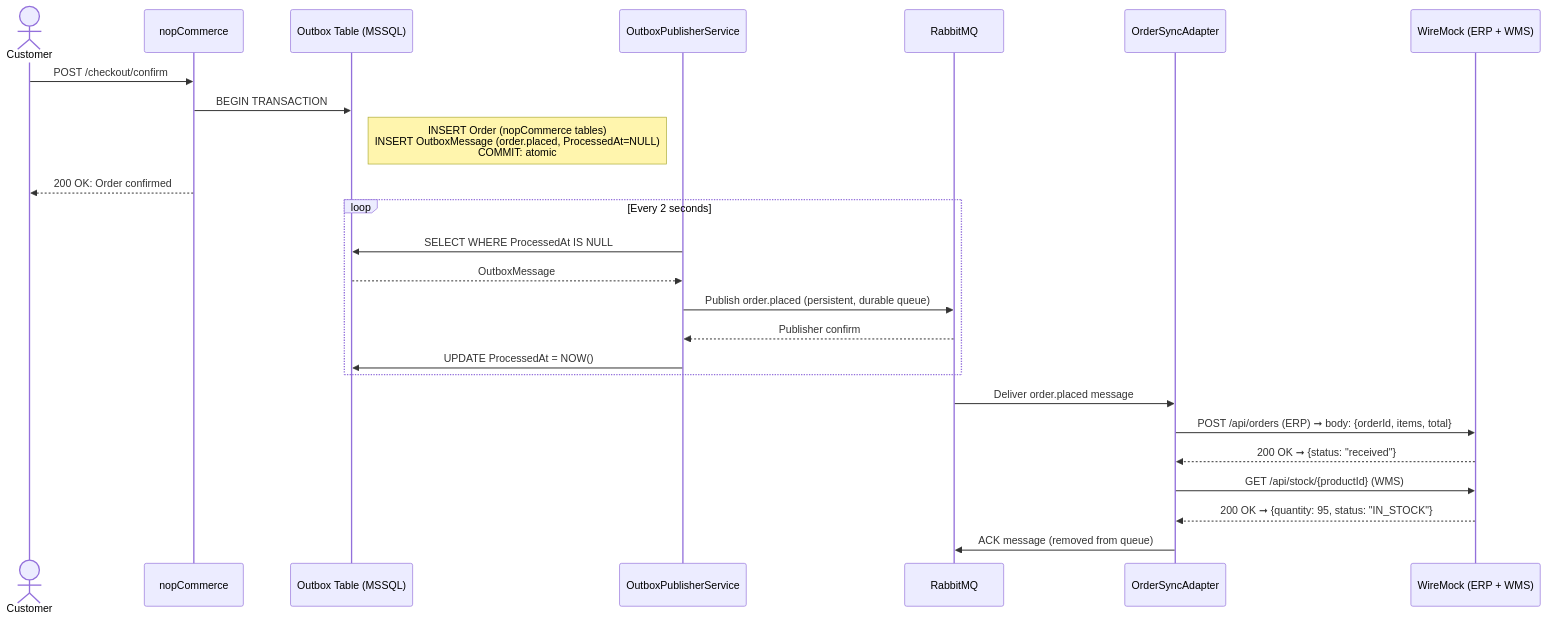
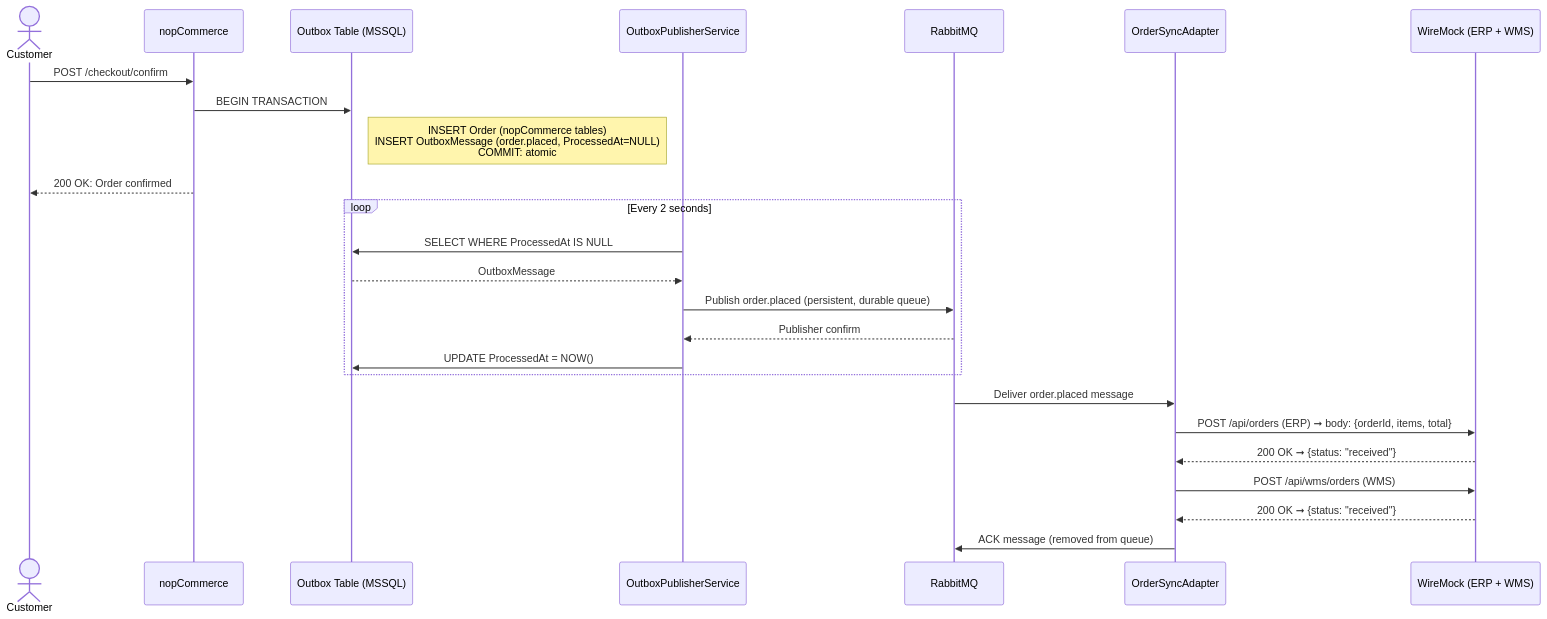
The first of 4 diagrams in docs/runtime-interaction-diagrams.md (Assignment2-AS/nopCommerce-Omnichannel-Core), drawn with Mermaid before and after one commit. The commit also changed other lines of this file and 7 other files, not shown here.

Commit message:
update diagrams

````diff
--- a/docs/runtime-interaction-diagrams.md
+++ b/docs/runtime-interaction-diagrams.md
@@ -13,30 +13,30 @@
 ```mermaid
 sequenceDiagram
     actor Customer
     participant nopCommerce
     participant OutboxDB as Outbox Table (MSSQL)
     participant OutboxSvc as OutboxPublisherService
     participant RabbitMQ
     participant OrderSync as OrderSyncAdapter
     participant WireMock as WireMock (ERP + WMS)
 
     Customer->>nopCommerce: POST /checkout/confirm
     nopCommerce->>OutboxDB: BEGIN TRANSACTION
     note right of OutboxDB: INSERT Order (nopCommerce tables)<br/>INSERT OutboxMessage (order.placed, ProcessedAt=NULL)<br/>COMMIT: atomic
     nopCommerce-->>Customer: 200 OK: Order confirmed
 
     loop Every 2 seconds
         OutboxSvc->>OutboxDB: SELECT WHERE ProcessedAt IS NULL
         OutboxDB-->>OutboxSvc: OutboxMessage #N (CorrelationId = OrderId)
         OutboxSvc->>RabbitMQ: Publish order.placed (persistent, durable queue)
         RabbitMQ-->>OutboxSvc: Publisher confirm
         OutboxSvc->>OutboxDB: UPDATE ProcessedAt = NOW()
     end
 
     RabbitMQ->>OrderSync: Deliver order.placed message
     OrderSync->>WireMock: POST /api/orders (ERP) ➞ body: {orderId, items, total}
     WireMock-->>OrderSync: 200 OK ➞ {status: "received"}
-    OrderSync->>WireMock: GET /api/stock/{productId} (WMS)
-    WireMock-->>OrderSync: 200 OK ➞ {quantity: 95, status: "IN_STOCK"}
+    OrderSync->>WireMock: POST /api/wms/orders (WMS)
+    WireMock-->>OrderSync: 200 OK ➞ {status: "received"}
     OrderSync->>RabbitMQ: ACK message (removed from queue)
 ```
````
